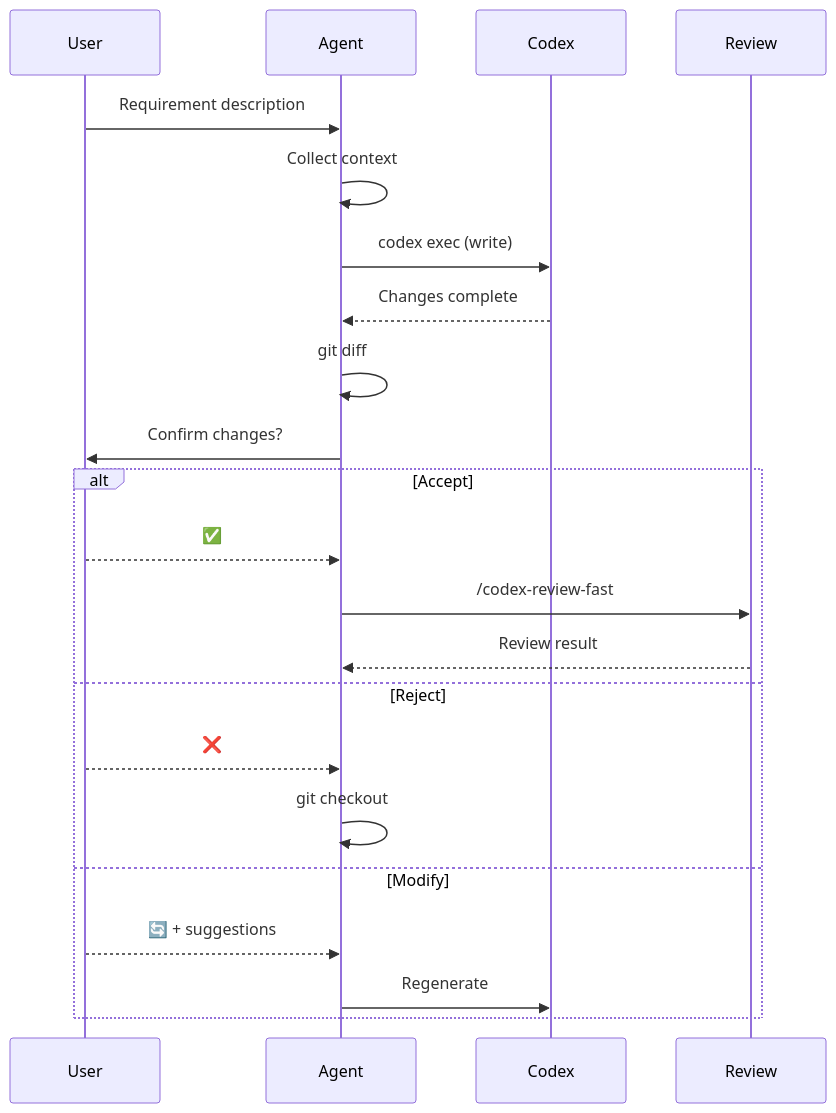
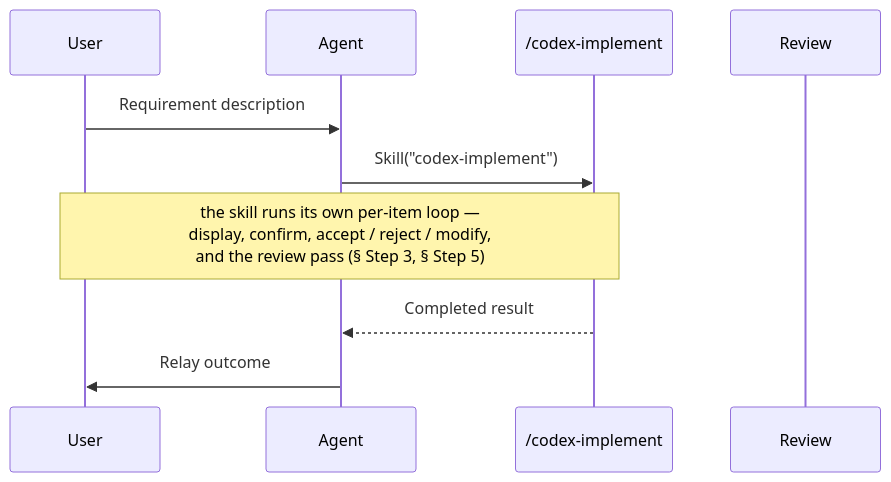
The diagram in agents/codex-implementer.md (sd0xdev/sd0x-dev-flow), drawn with Mermaid before and after one commit. The commit also changed other lines of this file and 14 other files, not shown here.

First line of the commit message:
feat(skills): Switch recap, review-spec and agent frontmatters to codex exec (3/3)

````diff
--- a/agents/codex-implementer.md
+++ b/agents/codex-implementer.md
@@ -13,25 +13,13 @@
 ```mermaid
 sequenceDiagram
     participant U as User
     participant A as Agent
-    participant X as Codex
+    participant X as /codex-implement
     participant R as Review
 
     U->>A: Requirement description
-    A->>A: Collect context
-    A->>X: codex exec (write)
-    X-->>A: Changes complete
-    A->>A: git diff
-    A->>U: Confirm changes?
-    alt Accept
-        U-->>A: ✅
-        A->>R: /codex-review-fast
-        R-->>A: Review result
-    else Reject
-        U-->>A: ❌
-        A->>A: git checkout
-    else Modify
-        U-->>A: 🔄 + suggestions
-        A->>X: Regenerate
-    end
+    A->>X: Skill("codex-implement")
+    Note over X,U: the skill runs its own per-item loop —<br/>display, confirm, accept / reject / modify,<br/>and the review pass (§ Step 3, § Step 5)
+    X-->>A: Completed result
+    A->>U: Relay outcome
 ```
````
